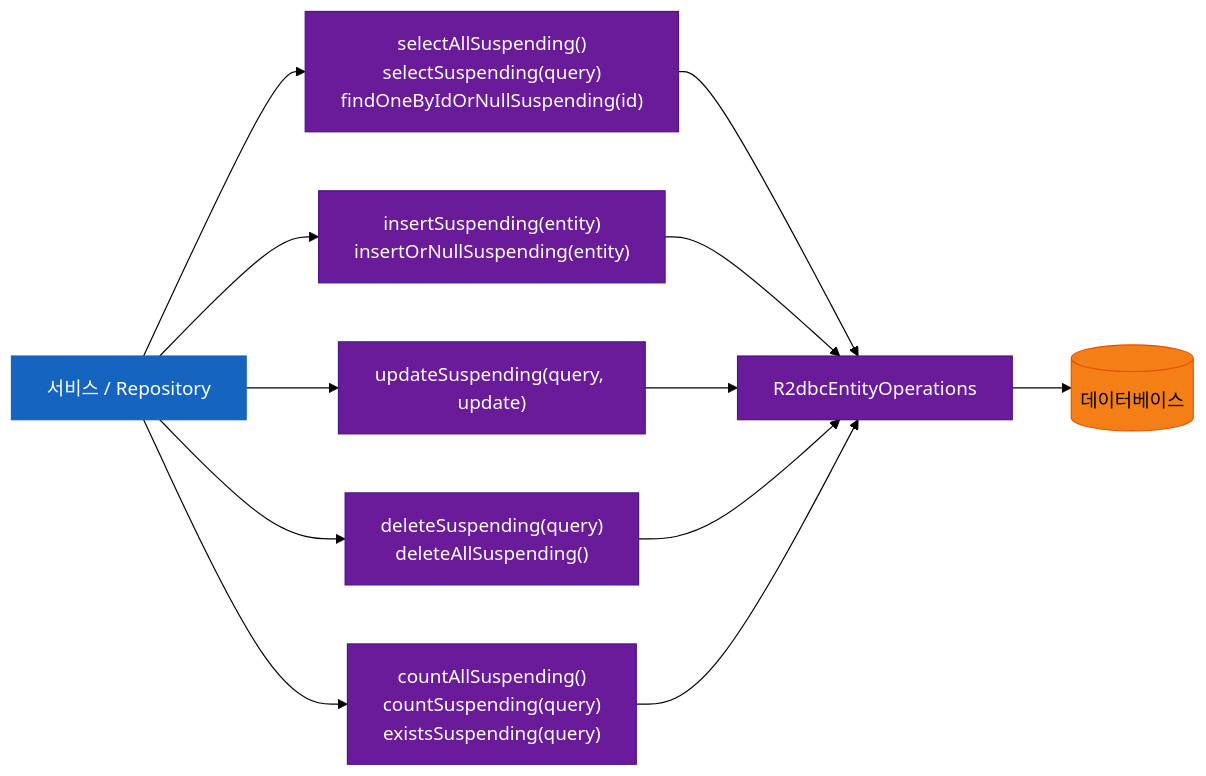
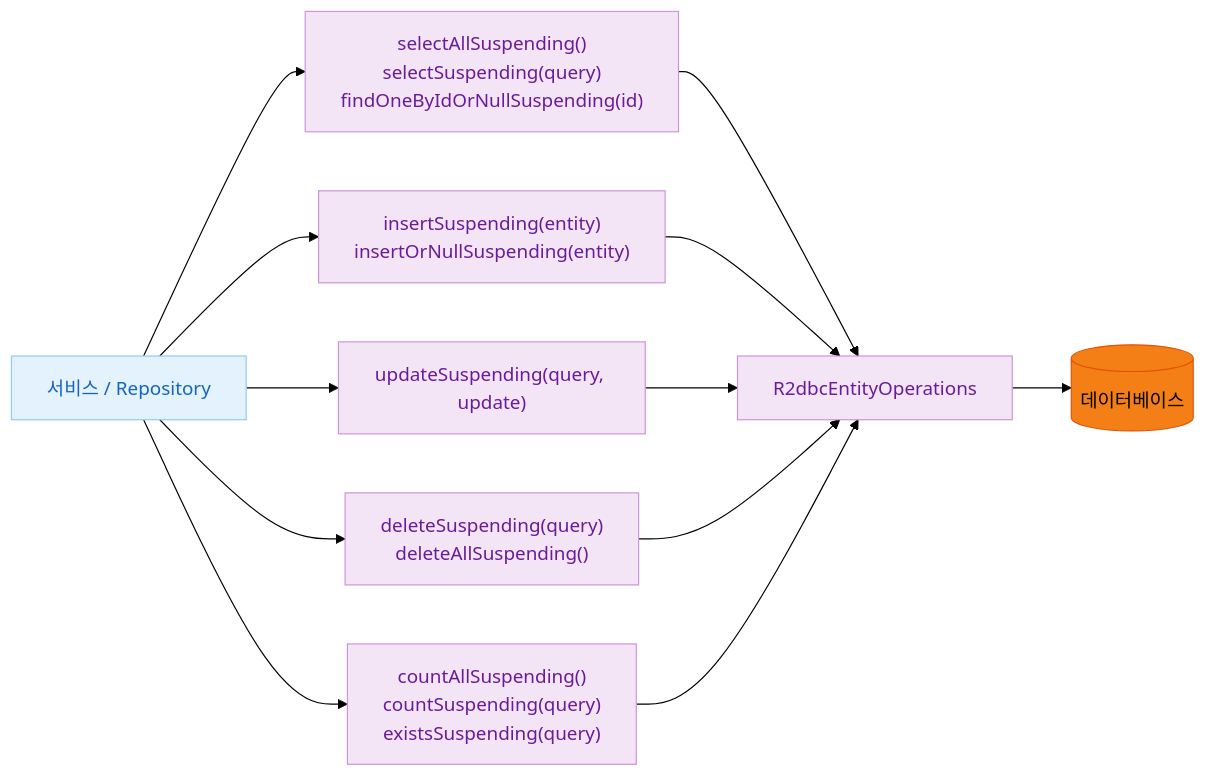
One commit to bluetape4k/bluetape4k-projects changed the third of 4 diagrams in spring-boot3/r2dbc/README.ko.md. Above: the diagram before and after it, drawn with Mermaid (forest theme). The commit also changed other lines of this file and 219 other files, not shown here.

First line of the commit message:
docs: 전체 README Mermaid 다이어그램 가이드 적용

````diff
--- a/spring-boot3/r2dbc/README.ko.md
+++ b/spring-boot3/r2dbc/README.ko.md
@@ -389,27 +389,27 @@
 ```mermaid
 flowchart LR
     Service["서비스 / Repository"] --> Select["selectAllSuspending()<br/>selectSuspending(query)<br/>findOneByIdOrNullSuspending(id)"]
     Service --> Insert["insertSuspending(entity)<br/>insertOrNullSuspending(entity)"]
     Service --> Update["updateSuspending(query, update)"]
     Service --> Delete["deleteSuspending(query)<br/>deleteAllSuspending()"]
     Service --> Count["countAllSuspending()<br/>countSuspending(query)<br/>existsSuspending(query)"]
     Select --> ROps["R2dbcEntityOperations"]
     Insert --> ROps
     Update --> ROps
     Delete --> ROps
     Count --> ROps
     ROps --> DB[("데이터베이스")]
 
-    classDef serviceStyle fill:#1565C0,stroke:#1565C0,color:#FFFFFF
-    classDef asyncStyle fill:#6A1B9A,stroke:#4A148C,color:#FFFFFF
+    classDef serviceStyle fill:#E3F2FD,stroke:#90CAF9,color:#1565C0
+    classDef asyncStyle fill:#F3E5F5,stroke:#CE93D8,color:#6A1B9A
     classDef dataStyle fill:#F57F17,stroke:#E65100,color:#000000
 
     class Service serviceStyle
     class Select asyncStyle
     class Insert asyncStyle
     class Update asyncStyle
     class Delete asyncStyle
     class Count asyncStyle
     class ROps asyncStyle
     class DB dataStyle
 ```
````
